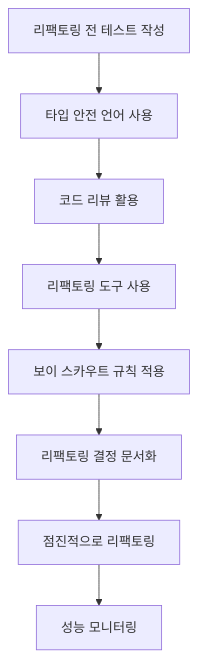
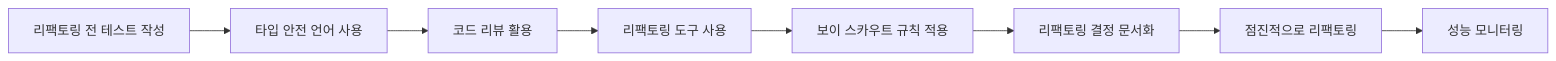
The fourth of 9 diagrams in content/post/2024/2024-09-09-Refactoring/index.md (42jerrykim/42jerrykim.github.io), drawn with Mermaid before and after one commit. The commit also changed other lines of this file and 239 other files, not shown here.

````diff
--- a/content/post/2024/2024-09-09-Refactoring/index.md
+++ b/content/post/2024/2024-09-09-Refactoring/index.md
@@ -466,10 +332,18 @@
 ```mermaid
-graph TD;
-    A[리팩토링 전 테스트 작성] --> B[타입 안전 언어 사용]
-    B --> C[코드 리뷰 활용]
-    C --> D[리팩토링 도구 사용]
-    D --> E[보이 스카우트 규칙 적용]
-    E --> F[리팩토링 결정 문서화]
-    F --> G[점진적으로 리팩토링]
-    G --> H[성능 모니터링]
+graph LR
+    Step1["리팩토링 전 테스트 작성"]
+    Step2["타입 안전 언어 사용"]
+    Step3["코드 리뷰 활용"]
+    Step4["리팩토링 도구 사용"]
+    Step5["보이 스카우트 규칙 적용"]
+    Step6["리팩토링 결정 문서화"]
+    Step7["점진적으로 리팩토링"]
+    Step8["성능 모니터링"]
+    Step1 --> Step2
+    Step2 --> Step3
+    Step3 --> Step4
+    Step4 --> Step5
+    Step5 --> Step6
+    Step6 --> Step7
+    Step7 --> Step8
 ```
````
